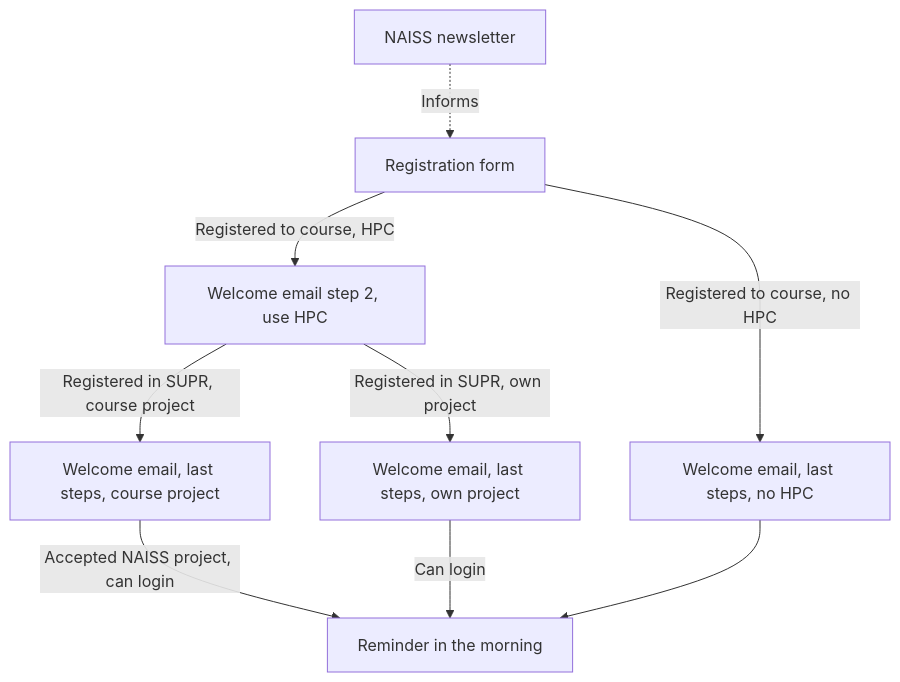
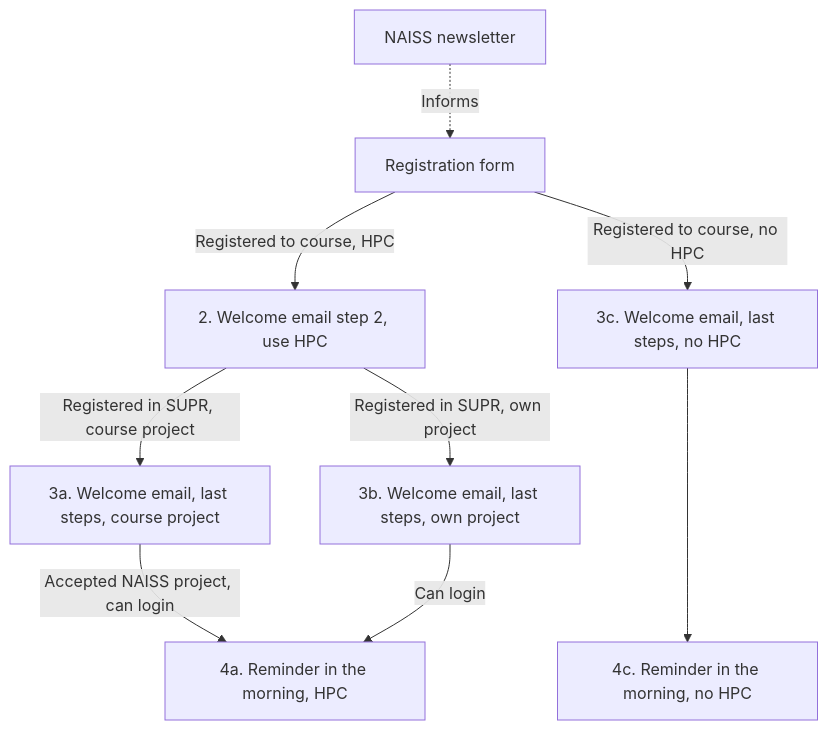
One commit to UPPMAX/naiss_intro_python changed the diagram in docs/communication/20260303/README.md. Above: the diagram before and after it, drawn with Mermaid. The commit also changed other lines of this file and 2 other files, not shown here.

````diff
--- a/docs/communication/20260303/README.md
+++ b/docs/communication/20260303/README.md
@@ -5,22 +5,23 @@
 ```mermaid
 flowchart TB
     naiss_newletter[NAISS newsletter]
     registration_form[Registration form]
-    welcome_email_step_2_hpc[Welcome email step 2, use HPC]
-    welcome_email_step_last_steps_no_hpc[Welcome email, last steps, no HPC]
-    welcome_email_step_last_steps_course_project[Welcome email, last steps, course project]
-    welcome_email_step_last_steps_own_project[Welcome email, last steps, own project]
-    reminder_in_morning[Reminder in the morning]
+    welcome_email_step_2_hpc[2. Welcome email step 2, use HPC]
+    welcome_email_step_last_steps_no_hpc[3c. Welcome email, last steps, no HPC]
+    welcome_email_step_last_steps_course_project[3a. Welcome email, last steps, course project]
+    welcome_email_step_last_steps_own_project[3b. Welcome email, last steps, own project]
+    reminder_in_morning_hpc[4a. Reminder in the morning, HPC]
+    reminder_in_morning_no_hpc[4c. Reminder in the morning, no HPC]
 
     naiss_newletter -.-> |Informs| registration_form
     registration_form --> |Registered to course, HPC| welcome_email_step_2_hpc
     registration_form --> |Registered to course, no HPC| welcome_email_step_last_steps_no_hpc
 
     welcome_email_step_2_hpc --> |Registered in SUPR, course project| welcome_email_step_last_steps_course_project
     welcome_email_step_2_hpc --> |Registered in SUPR, own project| welcome_email_step_last_steps_own_project
 
 
-    welcome_email_step_last_steps_course_project --> |Accepted NAISS project, can login| reminder_in_morning
-    welcome_email_step_last_steps_own_project --> |Can login| reminder_in_morning
-    welcome_email_step_last_steps_no_hpc --> reminder_in_morning
+    welcome_email_step_last_steps_course_project --> |Accepted NAISS project, can login| reminder_in_morning_hpc
+    welcome_email_step_last_steps_own_project --> |Can login| reminder_in_morning_hpc
+    welcome_email_step_last_steps_no_hpc ---> reminder_in_morning_no_hpc
 ```
````
